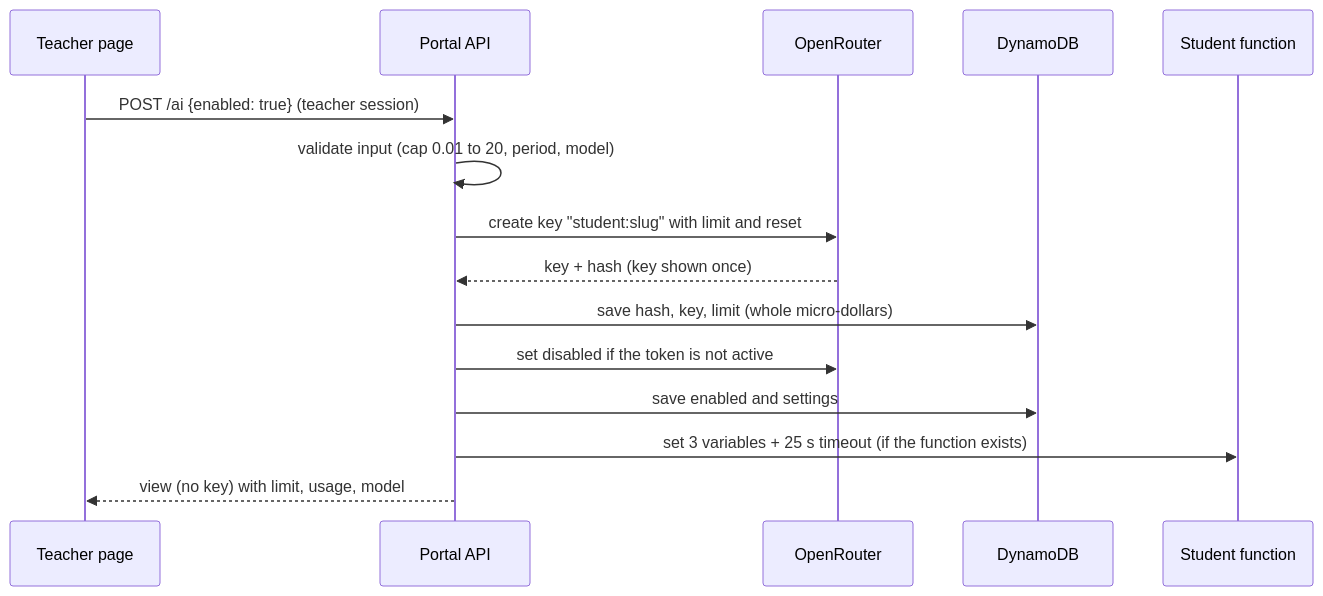
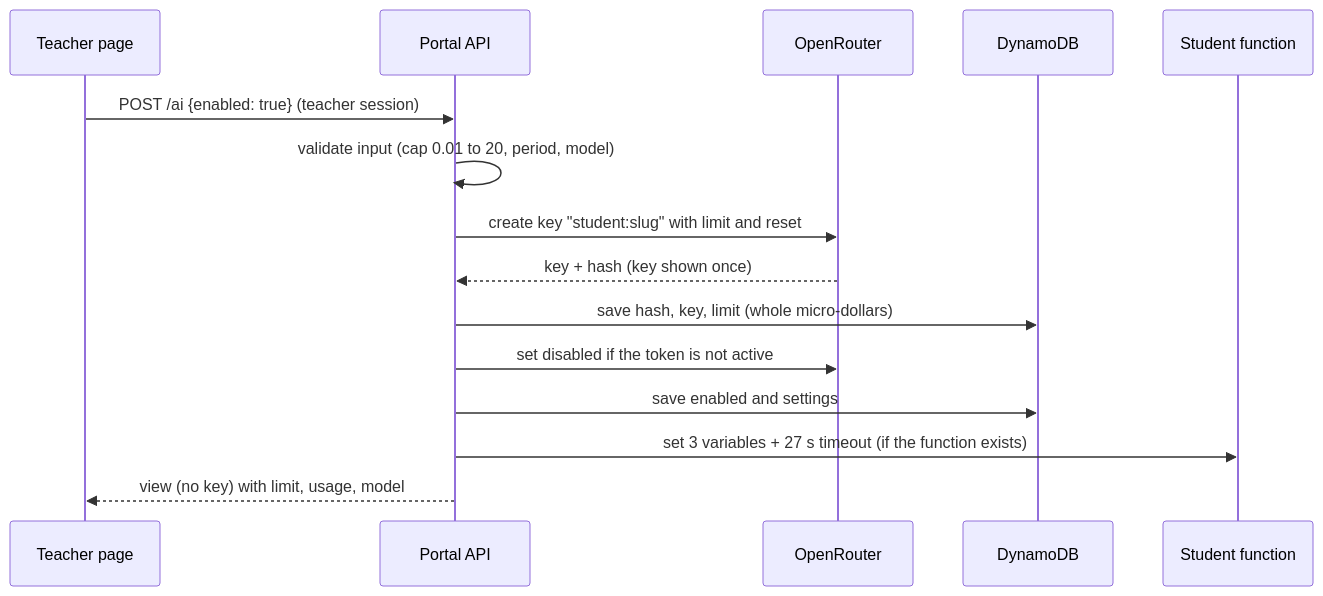
One commit to abhtft/class-hosting-platform changed the third of 5 diagrams in docs/AI_CONNECTOR.md. Above: the diagram before and after it, drawn with Mermaid. The commit also changed other lines of this file and 46 other files, not shown here.

````diff
--- a/docs/AI_CONNECTOR.md
+++ b/docs/AI_CONNECTOR.md
@@ -89,17 +89,17 @@
 ```mermaid
 sequenceDiagram
   participant T as Teacher page
   participant P as Portal API
   participant O as OpenRouter
   participant D as DynamoDB
   participant L as Student function
   T->>P: POST /ai {enabled: true} (teacher session)
   P->>P: validate input (cap 0.01 to 20, period, model)
   P->>O: create key "student:slug" with limit and reset
   O-->>P: key + hash (key shown once)
   P->>D: save hash, key, limit (whole micro-dollars)
   P->>O: set disabled if the token is not active
   P->>D: save enabled and settings
-  P->>L: set 3 variables + 25 s timeout (if the function exists)
+  P->>L: set 3 variables + 27 s timeout (if the function exists)
   P-->>T: view (no key) with limit, usage, model
 ```
````
